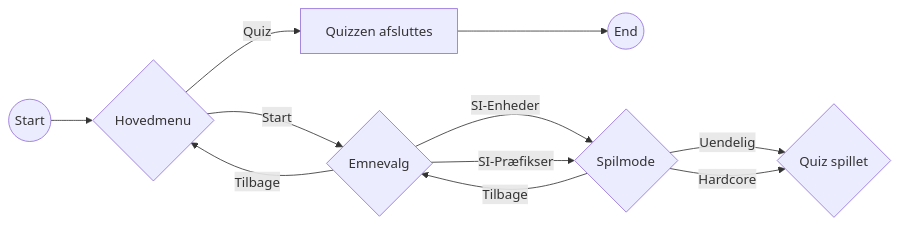
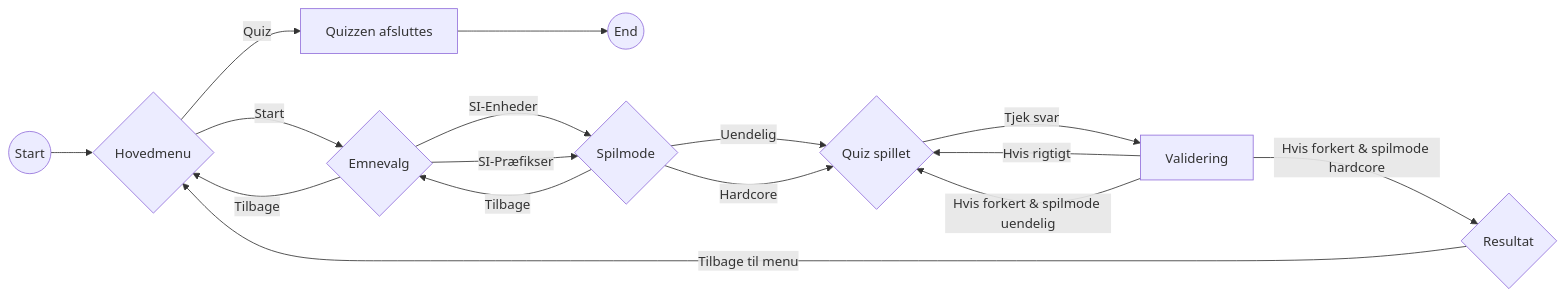
The diagram in README.md (mjdvisualz/fysik-quiz-app), drawn with Mermaid before and after one commit.

````diff
--- a/README.md
+++ b/README.md
@@ -16,14 +16,20 @@
 ```mermaid
 graph LR
     A((Start)) --> B{Hovedmenu}
     B -->|Start| C{Emnevalg}
     B -->|Quiz| D[Quizzen afsluttes]
     D --> E((End))
     C --> |SI-Enheder| F{Spilmode}
     C --> |SI-Præfikser| F
     C --> |Tilbage| B
     F --> |Uendelig| G{Quiz spillet}
     F --> |Hardcore| G
     F --> |Tilbage| C
+    G --> |Tjek svar| H[Validering]
+    H --> |Hvis rigtigt| G
+    H --> |Hvis forkert & spilmode uendelig| G
+    H --> |Hvis forkert & spilmode hardcore| I{Resultat}
+    I --> |Tilbage til menu| B
+    
 
 ```
````
